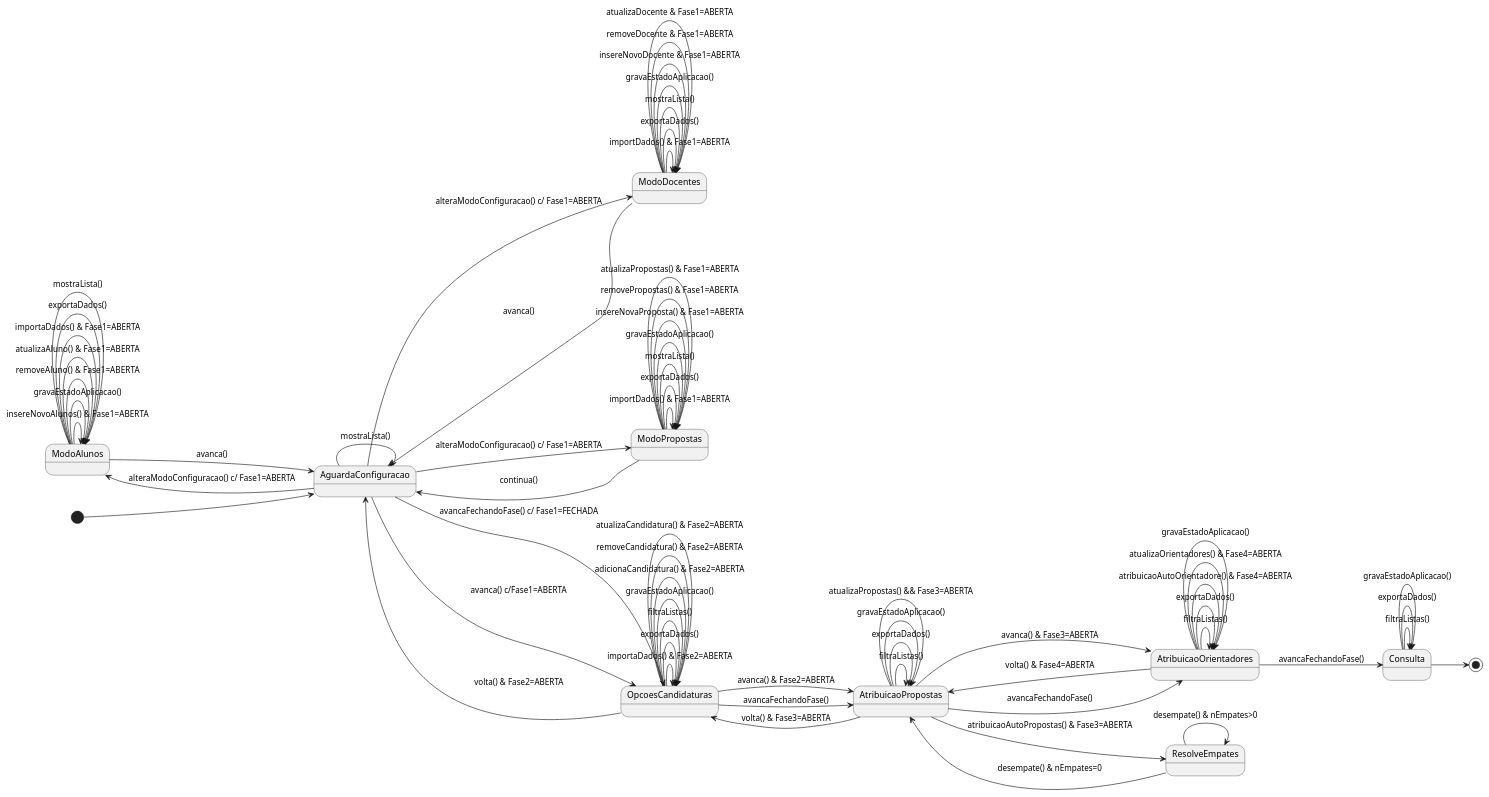
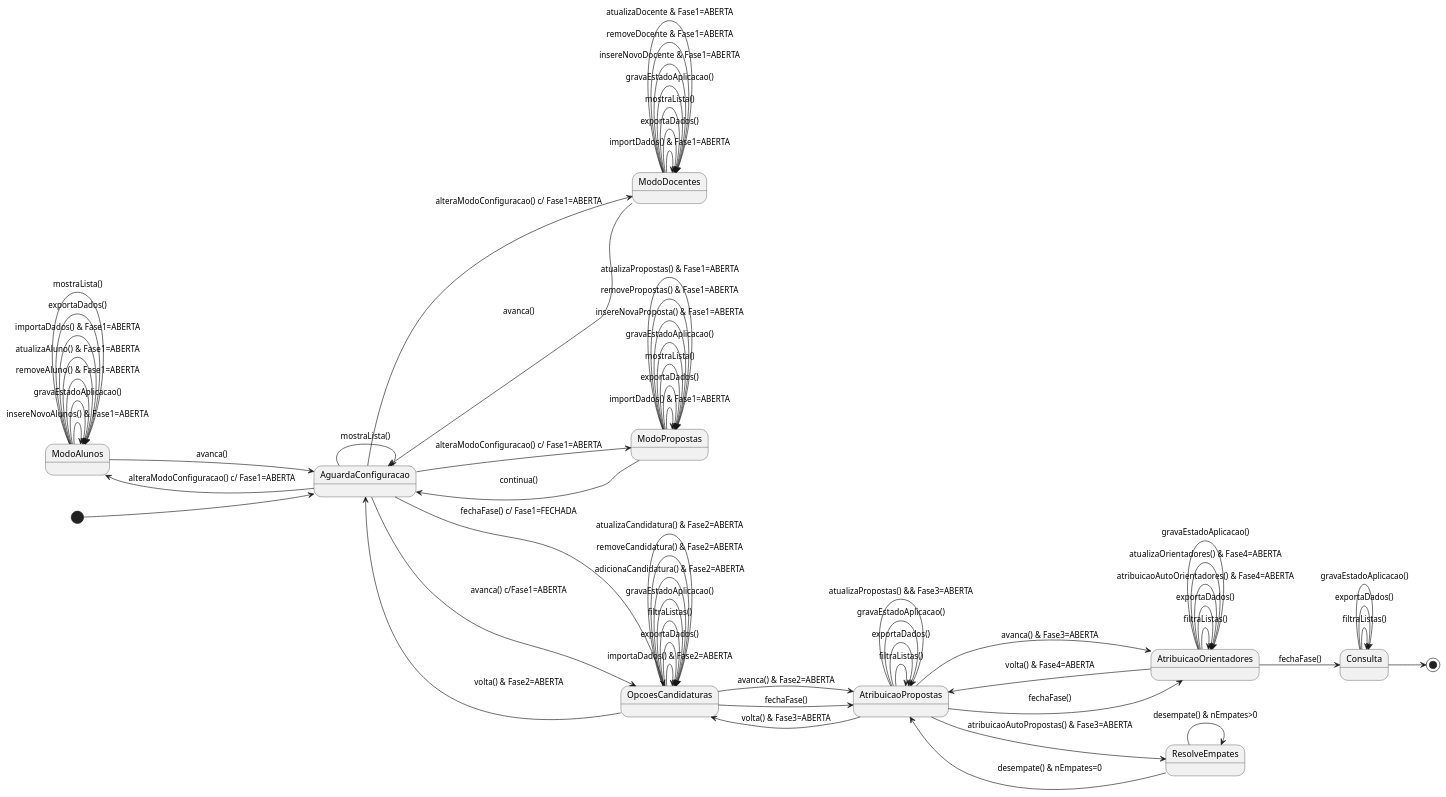
One commit to ana-sv/Apoio_poe changed the diagram in DigramaDeEstados.PlantUML. Above: the diagram before and after it, drawn with PlantUML. The commit also changed 3 other files, not shown here.

```diff
--- a/DigramaDeEstados.PlantUML
+++ b/DigramaDeEstados.PlantUML
@@ -1,96 +1,96 @@
 @startuml
 left to right direction
 
 [*] --> AguardaConfiguracao 
 
 
 ' AguardaConfiguracao --> FASE1
 AguardaConfiguracao --> AguardaConfiguracao : mostraLista()
 AguardaConfiguracao --> ModoAlunos : alteraModoConfiguracao() c/ Fase1=ABERTA 
 ' Se a FASE1==FECHADA , já nao há acesso aos estados ModoAluno ModoDocente ModoPropostas que são os que permitem a edicao de informacoes 
 AguardaConfiguracao --> ModoDocentes : alteraModoConfiguracao() c/ Fase1=ABERTA 
 AguardaConfiguracao --> ModoPropostas : alteraModoConfiguracao() c/ Fase1=ABERTA 
-AguardaConfiguracao --> OpcoesCandidaturas : avancaFechandoFase() c/ Fase1=FECHADA 
+AguardaConfiguracao --> OpcoesCandidaturas : fechaFase() c/ Fase1=FECHADA 
 ' neste estado, o metod fechaFase: Fase1=FECHADA, classificacao dos alunos e avança para o proximo estado 
 AguardaConfiguracao --> OpcoesCandidaturas : avanca() c/Fase1=ABERTA 
 ' avanca : classifica alunos e avanca
 
 
 ' ModoAlunos - FASE1 
 ModoAlunos --> ModoAlunos : importaDados() & Fase1=ABERTA
 ModoAlunos --> ModoAlunos : exportaDados()
 ModoAlunos --> ModoAlunos : mostraLista()
 ModoAlunos -> ModoAlunos : insereNovoAlunos()  & Fase1=ABERTA
 ModoAlunos -> ModoAlunos : gravaEstadoAplicacao()
 ModoAlunos -> ModoAlunos : removeAluno()  & Fase1=ABERTA
 ModoAlunos -> ModoAlunos : atualizaAluno()  & Fase1=ABERTA
 ModoAlunos --> AguardaConfiguracao : avanca()
 
 ' ModoDocentes - FASE1 
 ModoDocentes --> ModoDocentes : importDados() & Fase1=ABERTA
 ModoDocentes --> ModoDocentes : exportaDados() 
 ModoDocentes --> ModoDocentes : mostraLista() 
 ModoDocentes --> ModoDocentes : gravaEstadoAplicacao()
 ModoDocentes --> ModoDocentes : insereNovoDocente & Fase1=ABERTA
 ModoDocentes --> ModoDocentes : removeDocente & Fase1=ABERTA
 ModoDocentes --> ModoDocentes : atualizaDocente & Fase1=ABERTA
 ModoDocentes --> AguardaConfiguracao: avanca() 
 
 ' ModoPropostas - FASE1
 ModoPropostas --> ModoPropostas : importDados() & Fase1=ABERTA
 ModoPropostas --> ModoPropostas : exportaDados() 
 ModoPropostas --> ModoPropostas : mostraLista()
 ModoPropostas --> ModoPropostas : gravaEstadoAplicacao()
 ModoPropostas --> ModoPropostas : insereNovaProposta() & Fase1=ABERTA
 ModoPropostas --> ModoPropostas : removePropostas() & Fase1=ABERTA
 ModoPropostas --> ModoPropostas : atualizaPropostas() & Fase1=ABERTA
 ModoPropostas --> AguardaConfiguracao: continua() 
 
 
 ' OrganizaCandidatura - FASE2
 OpcoesCandidaturas --> AguardaConfiguracao : volta() & Fase2=ABERTA
 OpcoesCandidaturas --> OpcoesCandidaturas : importaDados() & Fase2=ABERTA
 OpcoesCandidaturas --> OpcoesCandidaturas : exportaDados() 
 OpcoesCandidaturas --> OpcoesCandidaturas : filtraListas() 
 OpcoesCandidaturas --> OpcoesCandidaturas :  gravaEstadoAplicacao()
 OpcoesCandidaturas --> OpcoesCandidaturas : adicionaCandidatura() & Fase2=ABERTA
 OpcoesCandidaturas --> OpcoesCandidaturas : removeCandidatura() & Fase2=ABERTA
 OpcoesCandidaturas --> OpcoesCandidaturas : atualizaCandidatura() & Fase2=ABERTA
 OpcoesCandidaturas --> AtribuicaoPropostas : avanca() & Fase2=ABERTA 
-OpcoesCandidaturas --> AtribuicaoPropostas : avancaFechandoFase() 
+OpcoesCandidaturas --> AtribuicaoPropostas : fechaFase() 
 
 ' AtribuicaoPropostas -FASE3
 AtribuicaoPropostas --> OpcoesCandidaturas : volta() & Fase3=ABERTA
 AtribuicaoPropostas --> AtribuicaoPropostas : filtraListas() 
 AtribuicaoPropostas --> AtribuicaoPropostas : exportaDados() 
 AtribuicaoPropostas --> AtribuicaoPropostas :  gravaEstadoAplicacao()
 AtribuicaoPropostas --> AtribuicaoPropostas : atualizaPropostas() && Fase3=ABERTA
 AtribuicaoPropostas --> ResolveEmpates : atribuicaoAutoPropostas() & Fase3=ABERTA
 AtribuicaoPropostas --> AtribuicaoOrientadores : avanca() & Fase3=ABERTA 
-AtribuicaoPropostas --> AtribuicaoOrientadores : avancaFechandoFase()
+AtribuicaoPropostas --> AtribuicaoOrientadores : fechaFase()
 
 ' ConsultaEmpates - FASE4
 ResolveEmpates --> ResolveEmpates : desempate() & nEmpates>0
 ResolveEmpates --> AtribuicaoPropostas : desempate() & nEmpates=0
 
 ' AtribuicaoOrientadores - FASE4
 AtribuicaoOrientadores --> AtribuicaoPropostas : volta() & Fase4=ABERTA
 AtribuicaoOrientadores -> AtribuicaoOrientadores : filtraListas() 
 AtribuicaoOrientadores --> AtribuicaoOrientadores : exportaDados()
-AtribuicaoOrientadores --> AtribuicaoOrientadores : atribuicaoAutoOrientadore() & Fase4=ABERTA
+AtribuicaoOrientadores --> AtribuicaoOrientadores : atribuicaoAutoOrientadores() & Fase4=ABERTA
 AtribuicaoOrientadores --> AtribuicaoOrientadores : atualizaOrientadores()  & Fase4=ABERTA
 AtribuicaoOrientadores --> AtribuicaoOrientadores : gravaEstadoAplicacao()
-AtribuicaoOrientadores --> Consulta :  avancaFechandoFase()
+AtribuicaoOrientadores --> Consulta :  fechaFase()
 
 ' Consulta - FASE5
 Consulta --> Consulta : exportaDados() 
 Consulta -> Consulta : filtraListas() 
 Consulta --> Consulta : gravaEstadoAplicacao()
 Consulta --> [*]
 
 
 
 
 
 
 @enduml
```
